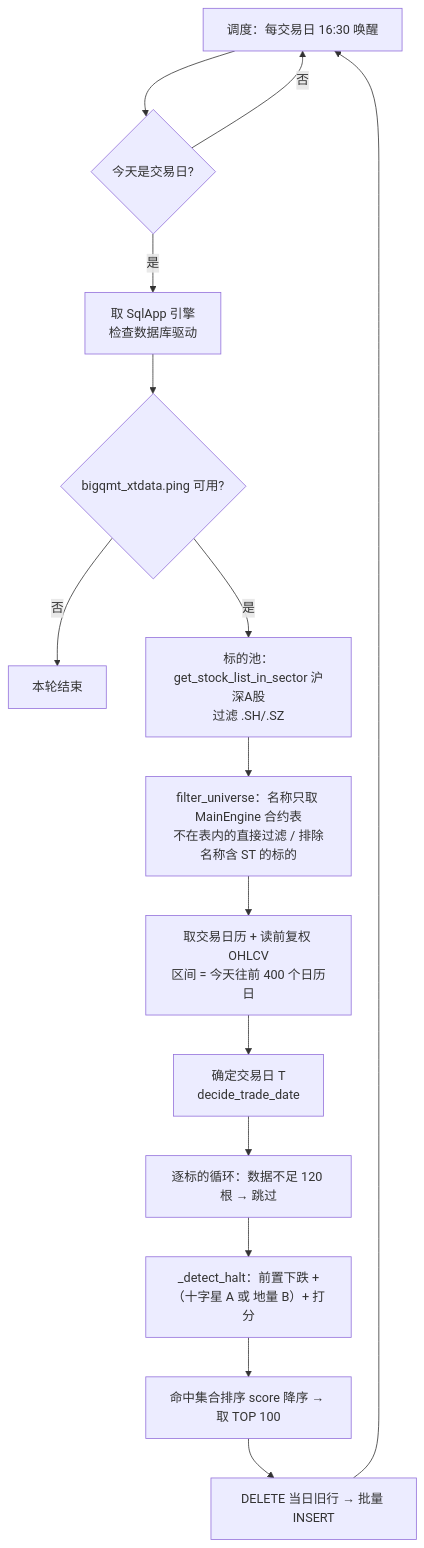
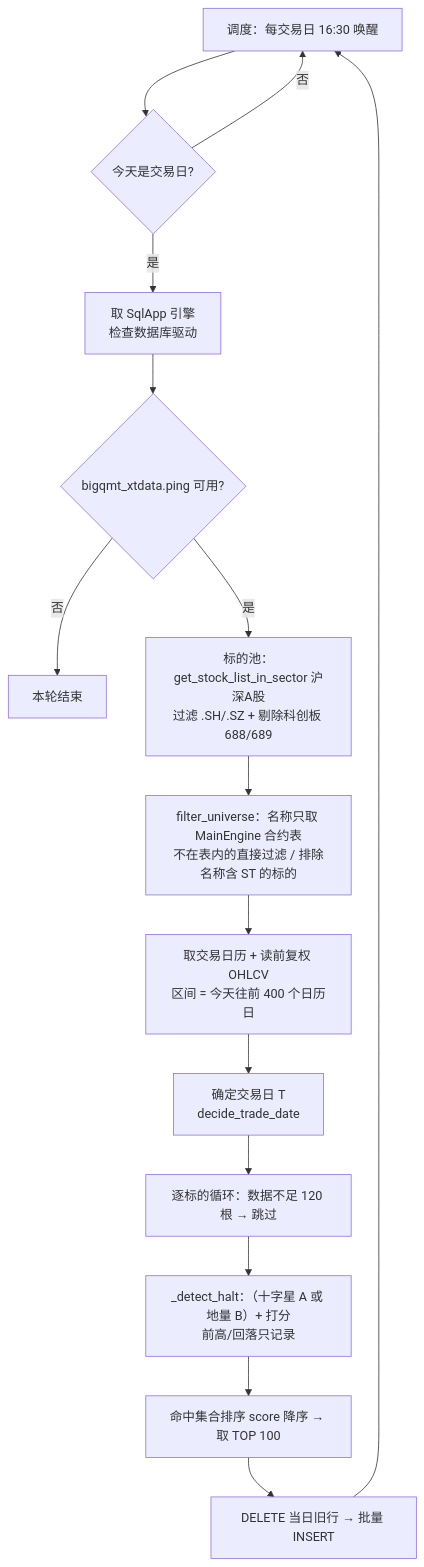
Before and after one commit to wanggx/vnpy_scripttrader: the diagram in doc/SELECT_HALT_DOWNTURN_LOGIC.md, drawn with Mermaid. The commit also changed other lines of this file and 2 other files, not shown here.

First line of the commit message:
[Mod] 止跌形态扫描：加判定漏斗日志、剔除科创板、去掉前置下跌闸门

````diff
--- a/doc/SELECT_HALT_DOWNTURN_LOGIC.md
+++ b/doc/SELECT_HALT_DOWNTURN_LOGIC.md
@@ -20,17 +25,17 @@
 ```mermaid
 flowchart TD
     A[调度：每交易日 16:30 唤醒] --> B{今天是交易日?}
     B -- 否 --> A
     B -- 是 --> C[取 SqlApp 引擎<br/>检查数据库驱动]
     C --> D{bigqmt_xtdata.ping 可用?}
     D -- 否 --> Z1[本轮结束]
-    D -- 是 --> E[标的池：get_stock_list_in_sector 沪深A股<br/>过滤 .SH/.SZ]
+    D -- 是 --> E[标的池：get_stock_list_in_sector 沪深A股<br/>过滤 .SH/.SZ + 剔除科创板 688/689]
     E --> F[filter_universe：名称只取 MainEngine 合约表<br/>不在表内的直接过滤 / 排除名称含 ST 的标的]
     F --> G[取交易日历 + 读前复权 OHLCV<br/>区间 = 今天往前 400 个日历日]
     G --> H[确定交易日 T<br/>decide_trade_date]
     H --> I[逐标的循环：数据不足 120 根 → 跳过]
-    I --> J[_detect_halt：前置下跌 +（十字星 A 或 地量 B）+ 打分]
+    I --> J[_detect_halt：（十字星 A 或 地量 B）+ 打分<br/>前高/回落只记录]
     J --> K[命中集合排序 score 降序 → 取 TOP 100]
     K --> L[DELETE 当日旧行 → 批量 INSERT]
     L --> A
 ```
````
